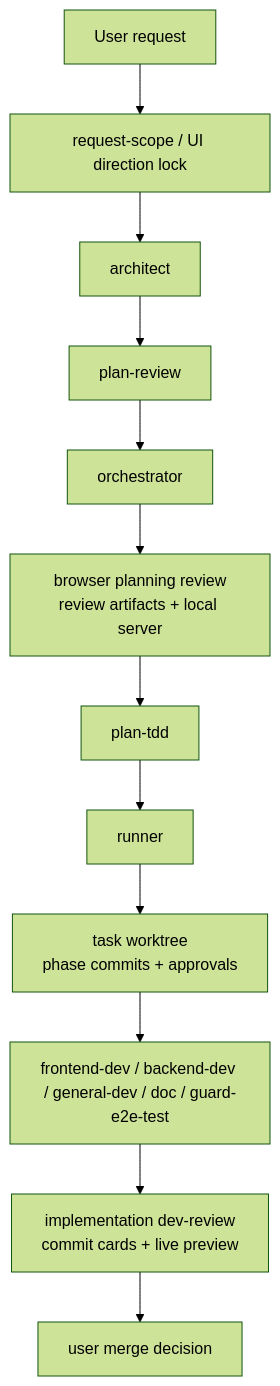
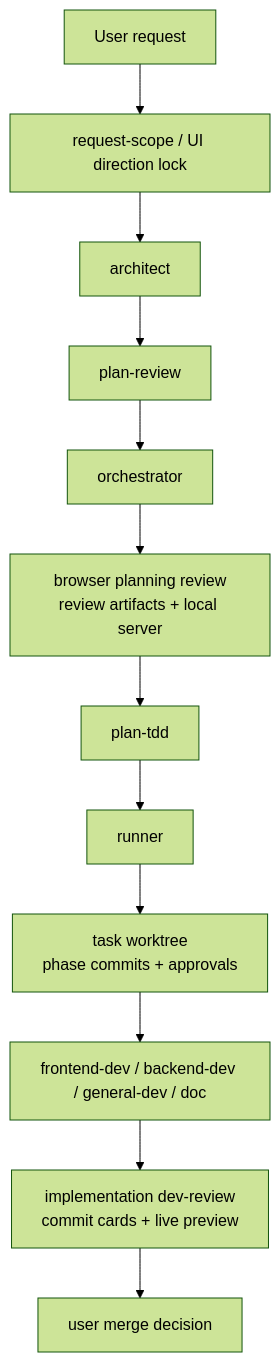
The tenth of 14 diagrams in docs/claude-code-workflow-evolution.md (SeoJaeWan/try-claude-code), drawn with Mermaid (forest theme) before and after one commit. The commit also changed other lines of this file and 15 other files, not shown here.

````diff
--- a/docs/claude-code-workflow-evolution.md
+++ b/docs/claude-code-workflow-evolution.md
@@ -496,17 +496,17 @@
 ```mermaid
 flowchart TD
     U["User request"]
     LOCK["request-scope / UI direction lock"]
     ARCH["architect"]
     REVIEW["plan-review"]
     ORCH["orchestrator"]
     PLANDEVREV["browser planning review<br/>review artifacts + local server"]
     MAT["plan-tdd"]
     RUN["runner"]
     WT["task worktree<br/>phase commits + approvals"]
-    EXEC["frontend-dev / backend-dev / general-dev / doc / guard-e2e-test"]
+    EXEC["frontend-dev / backend-dev / general-dev / doc"]
     IMPDEVREV["implementation dev-review<br/>commit cards + live preview"]
     MERGE["user merge decision"]
 
     U --> LOCK --> ARCH --> REVIEW --> ORCH --> PLANDEVREV --> MAT --> RUN --> WT --> EXEC --> IMPDEVREV --> MERGE
 ```
````
